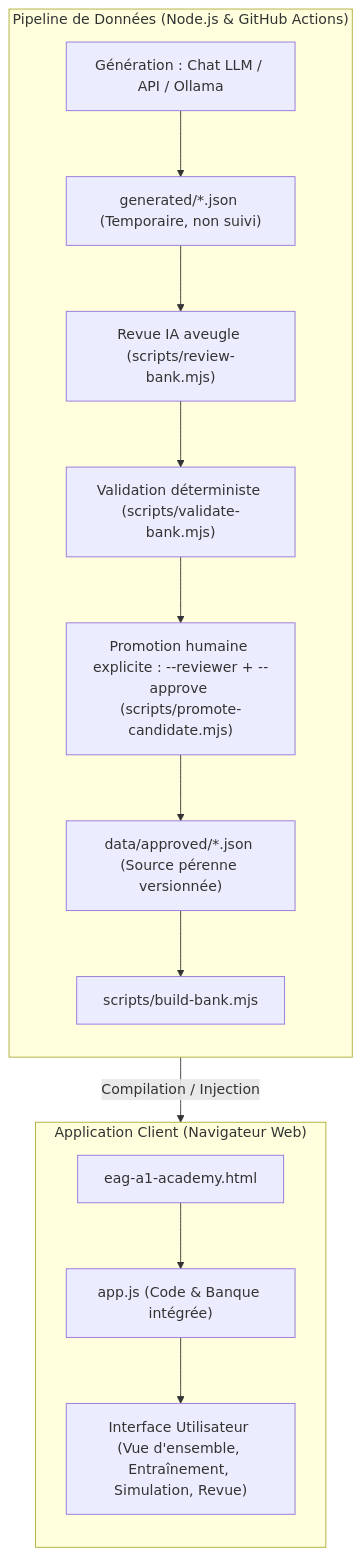
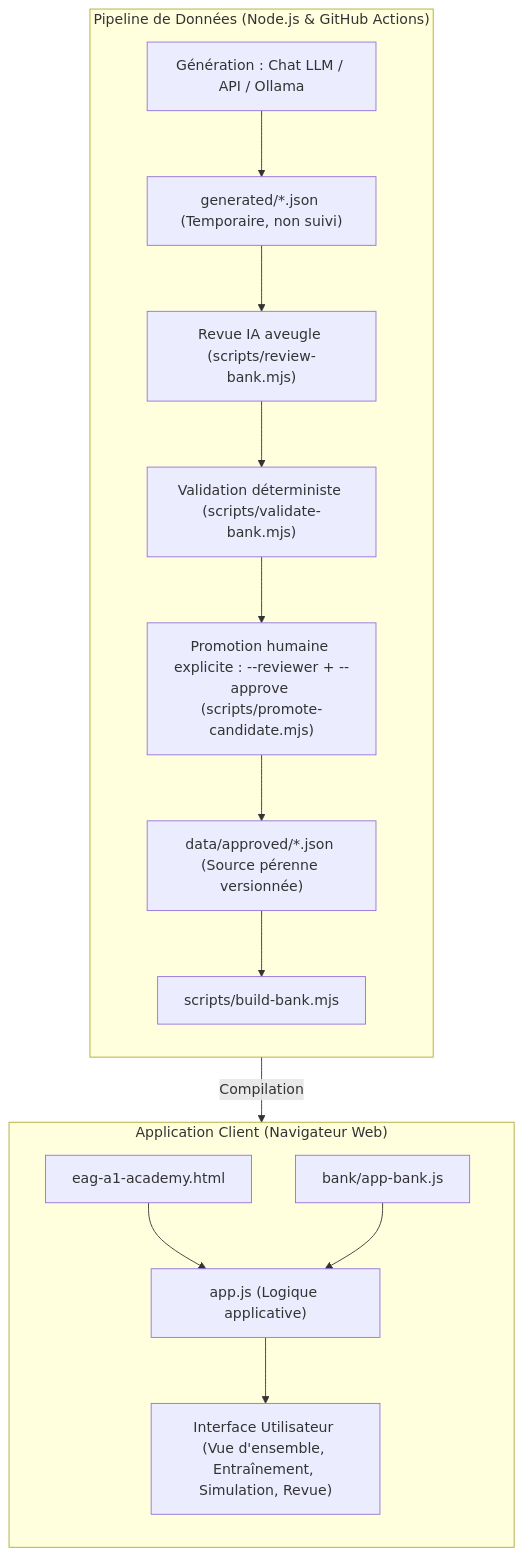
One commit to hdjebar/eag-a1-academy changed the first of 2 diagrams in docs/ARCHITECTURE.md. Above: the diagram before and after it, drawn with Mermaid. The commit also changed other lines of this file and 14 other files, not shown here.

````diff
--- a/docs/ARCHITECTURE.md
+++ b/docs/ARCHITECTURE.md
@@ -14,19 +14,20 @@
 ```mermaid
 flowchart TB
     subgraph Pipeline ["Pipeline de Données (Node.js & GitHub Actions)"]
         direction TB
         Gen[Génération : Chat LLM / API / Ollama] --> Temp["generated/*.json (Temporaire, non suivi)"]
         Temp --> Rev["Revue IA aveugle (scripts/review-bank.mjs)"]
         Rev --> Val["Validation déterministe (scripts/validate-bank.mjs)"]
         Val --> Prom["Promotion humaine explicite : --reviewer + --approve (scripts/promote-candidate.mjs)"]
         Prom --> Appr["data/approved/*.json (Source pérenne versionnée)"]
         Appr --> Build["scripts/build-bank.mjs"]
     end
 
     subgraph Runtime ["Application Client (Navigateur Web)"]
         direction TB
-        Build -->|"Compilation / Injection"| AppJS["app.js (Code & Banque intégrée)"]
+        Build -->|"Compilation"| BankJS["bank/app-bank.js"]
         HTML["eag-a1-academy.html"] --> AppJS
+        BankJS --> AppJS["app.js (Logique applicative)"]
         AppJS --> UI["Interface Utilisateur (Vue d'ensemble, Entraînement, Simulation, Revue)"]
     end
 ```
````
